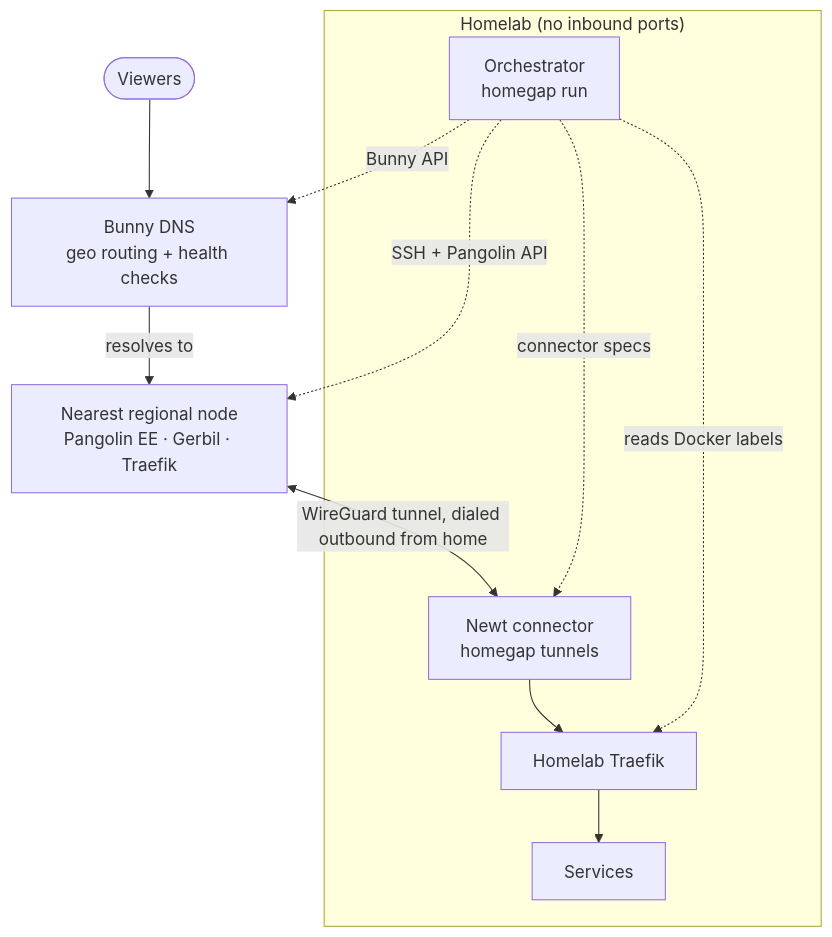
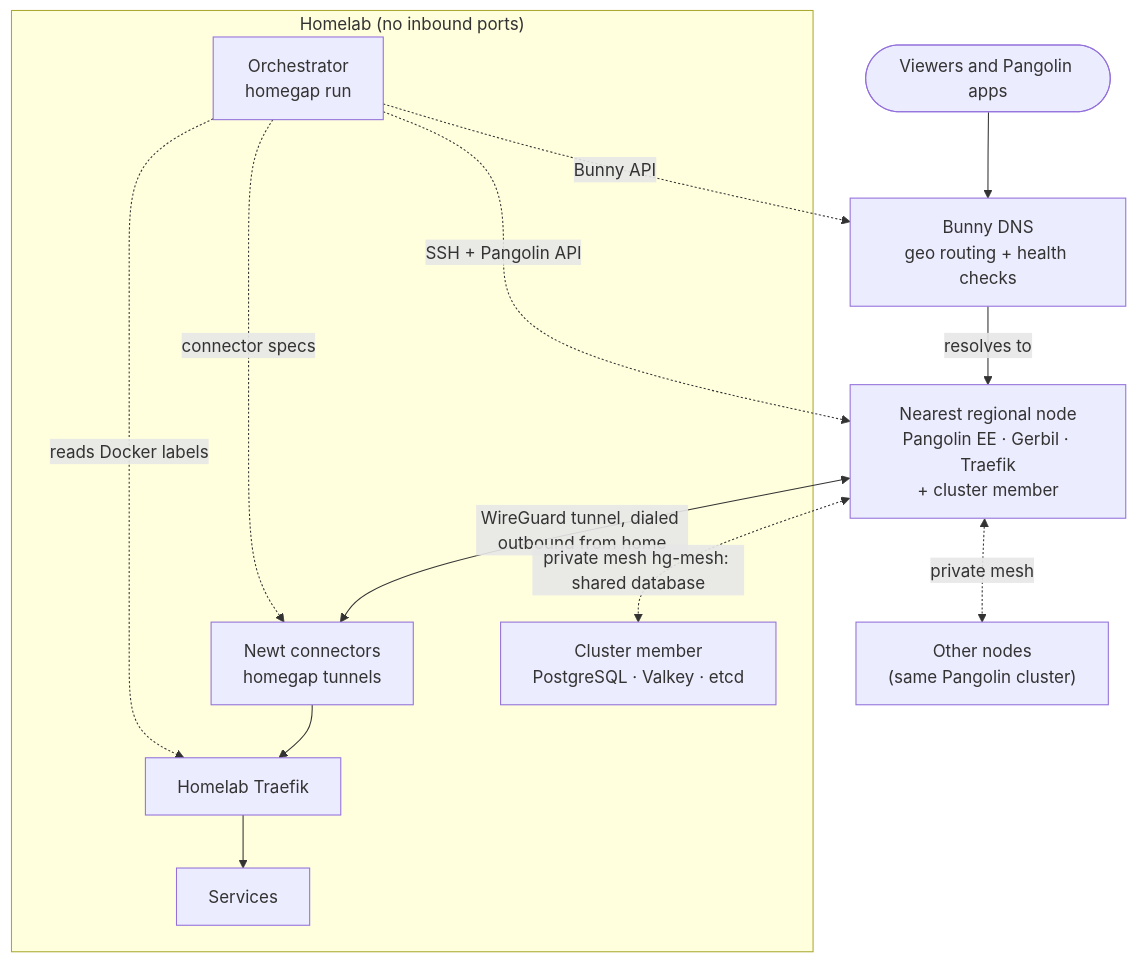
Before and after one commit to DrewCarlson/HomeGAP: the diagram in README.md, drawn with Mermaid. The commit also changed other lines of this file and 3 other files, not shown here.

````diff
--- a/README.md
+++ b/README.md
@@ -73,24 +76,28 @@
 ```mermaid
 flowchart TD
-    viewer([Viewers])
+    viewer([Viewers and Pangolin apps])
     dns["Bunny DNS<br/>geo routing + health checks"]
-    node["Nearest regional node<br/>Pangolin EE · Gerbil · Traefik"]
+    node["Nearest regional node<br/>Pangolin EE · Gerbil · Traefik<br/>+ cluster member"]
+    other["Other nodes<br/>(same Pangolin cluster)"]
 
     subgraph homelab["Homelab (no inbound ports)"]
-        newt["Newt connector<br/>homegap tunnels"]
+        newt["Newt connectors<br/>homegap tunnels"]
         traefik["Homelab Traefik"]
         services["Services"]
         orch["Orchestrator<br/>homegap run"]
+        member["Cluster member<br/>PostgreSQL · Valkey · etcd"]
     end
 
     viewer --> dns
     dns -->|resolves to| node
     node <-->|WireGuard tunnel, dialed outbound from home| newt
     newt --> traefik
     traefik --> services
+    node <-.->|private mesh hg-mesh: shared database| member
+    node <-.->|private mesh| other
 
     orch -.->|reads Docker labels| traefik
     orch -.->|connector specs| newt
     orch -.->|SSH + Pangolin API| node
     orch -.->|Bunny API| dns
 ```
````
